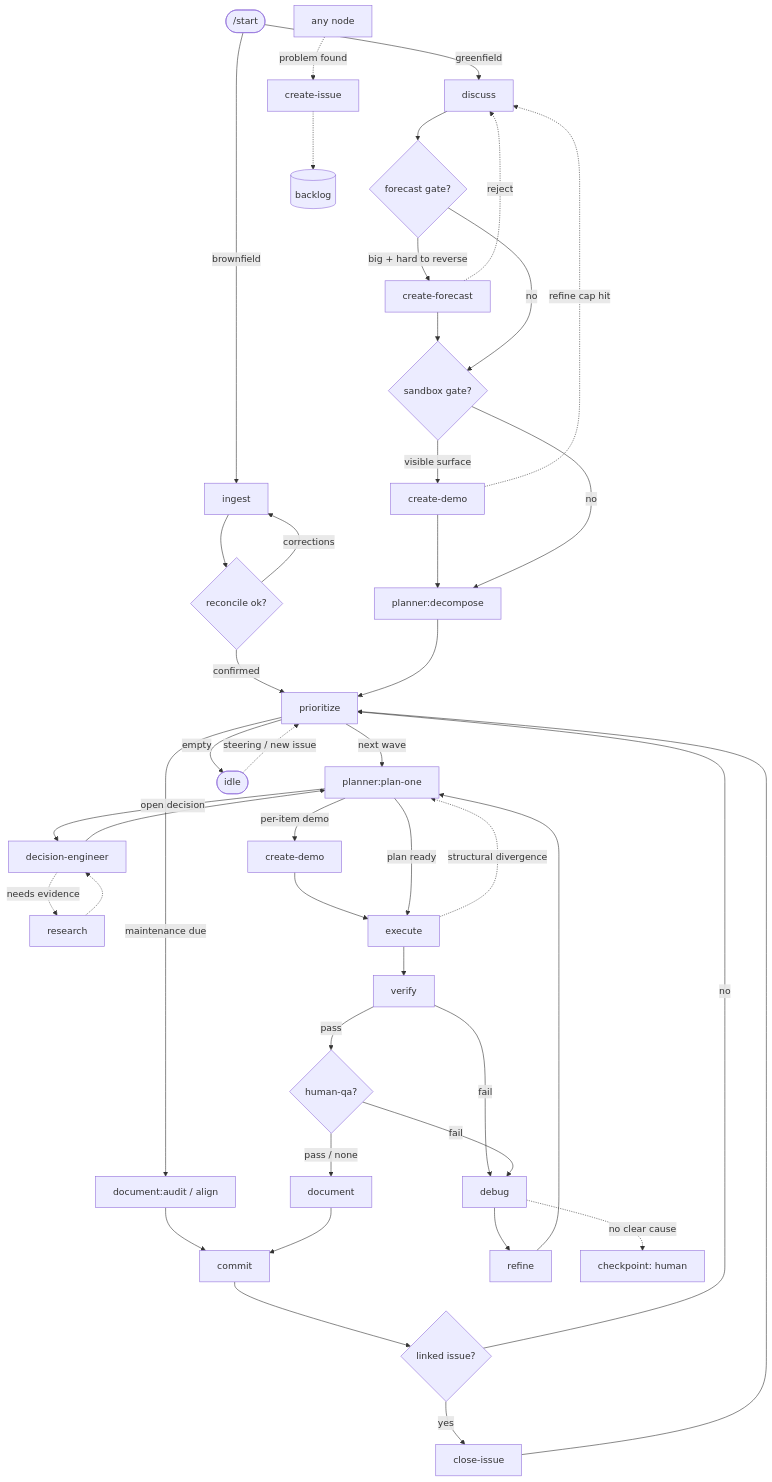
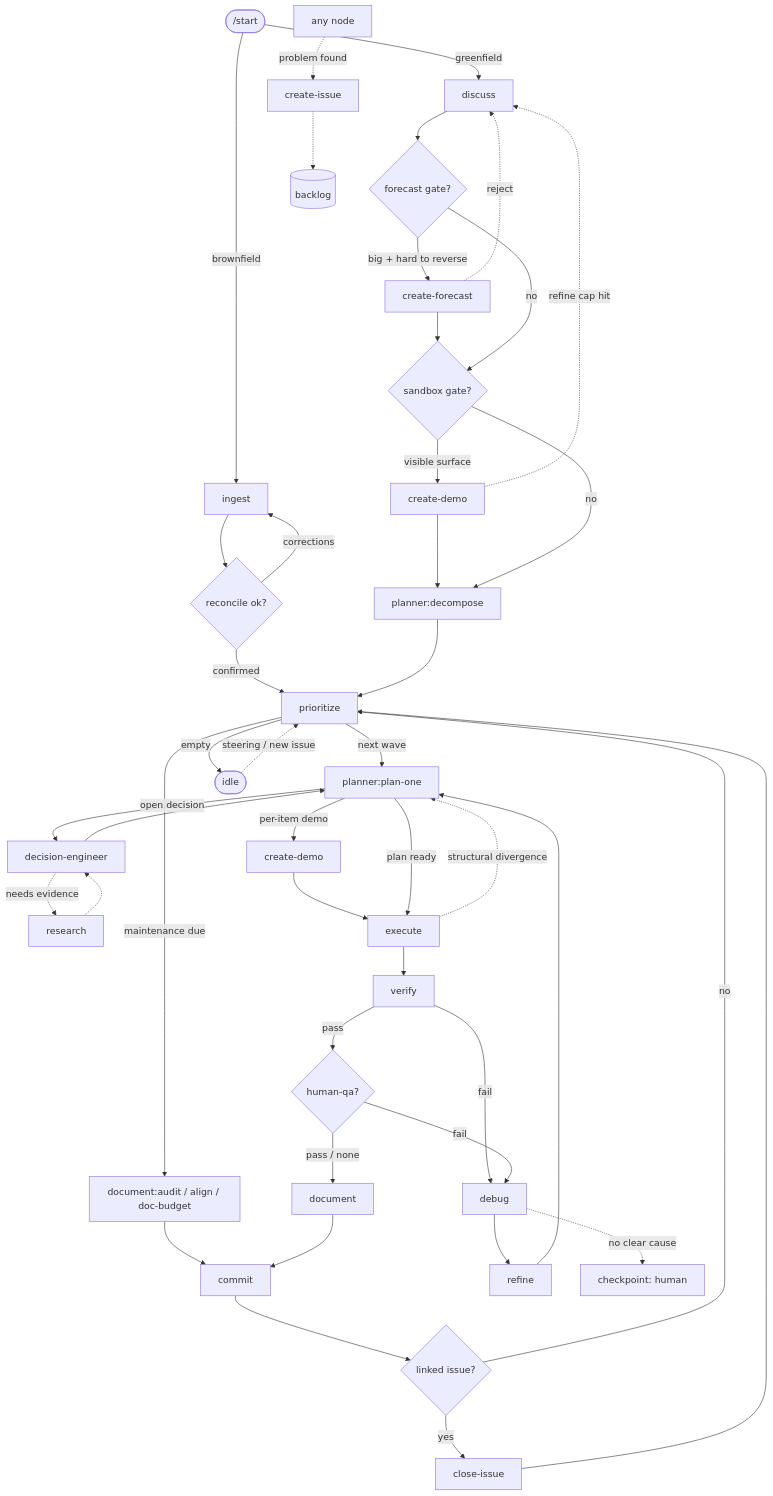
Before and after one commit to guyomer1345/reeve: the diagram in product/templates/loop.md, drawn with Mermaid. The commit also changed other lines of this file and 5 other files, not shown here.

````diff
--- a/product/templates/loop.md
+++ b/product/templates/loop.md
@@ -147,33 +148,33 @@
 ```mermaid
 flowchart TD
   start([/start]) -->|greenfield| discuss
   start -->|brownfield| ingest --> reconcile{reconcile ok?}
   reconcile -->|confirmed| prioritize
   reconcile -->|corrections| ingest
   discuss --> fc{forecast gate?}
   fc -->|big + hard to reverse| create-forecast --> demo{sandbox gate?}
   fc -->|no| demo
   create-forecast -.reject.-> discuss
   demo -->|visible surface| create-demo --> dec[planner:decompose]
   demo -->|no| dec
   create-demo -.refine cap hit.-> discuss
   dec --> prioritize
   prioritize -->|next wave| plan[planner:plan-one]
-  prioritize -->|maintenance due| maint[document:audit / align] --> commit
+  prioritize -->|maintenance due| maint[document:audit / align / doc-budget] --> commit
   prioritize -->|empty| idle([idle])
   idle -.steering / new issue.-> prioritize
   plan -->|open decision| decision-engineer --> plan
   decision-engineer -.needs evidence.-> research -.-> decision-engineer
   plan -->|per-item demo| pdemo[create-demo] --> execute
   plan -->|plan ready| execute --> verify
   execute -.structural divergence.-> plan
   verify -->|pass| qa{human-qa?}
   verify -->|fail| debug --> refine --> plan
   debug -.no clear cause.-> hcp[checkpoint: human]
   qa -->|pass / none| document
   qa -->|fail| debug
   document --> commit --> close{linked issue?}
   close -->|yes| close-issue --> prioritize
   close -->|no| prioritize
   any[any node] -.problem found.-> create-issue -.-> backlog[(backlog)]
 ```
````
